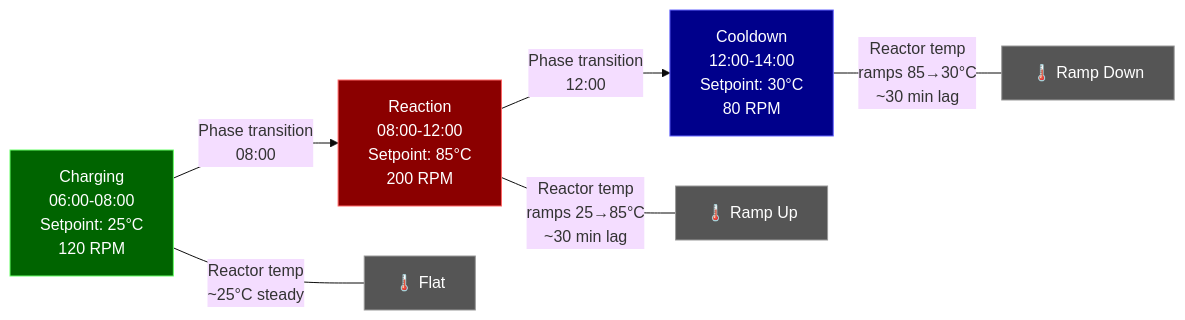
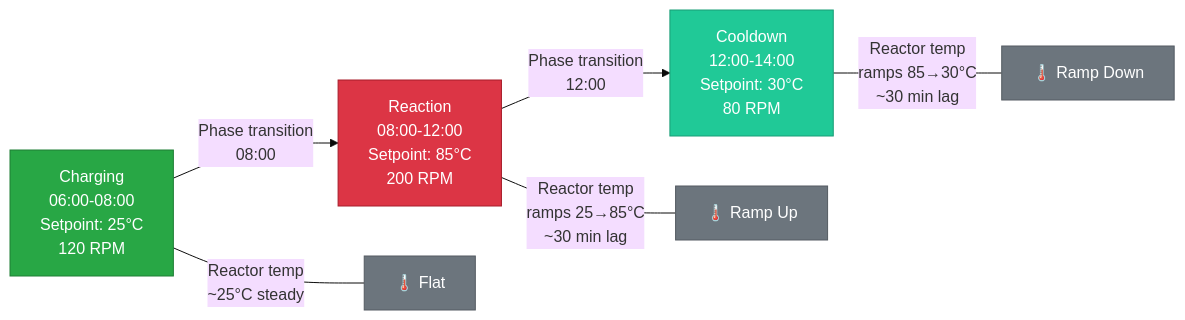
The sixth of 7 diagrams in docs/simulation/patterns/process_engineering.md (henryodibi11/Odibi), drawn with Mermaid (base theme) before and after one commit. The commit also changed other lines of this file and 7 other files, not shown here.

First line of the commit message:
Fix mermaid diagram colors for readability across all 26 diagrams

````diff
--- a/docs/simulation/patterns/process_engineering.md
+++ b/docs/simulation/patterns/process_engineering.md
@@ -1327,16 +1327,16 @@
 ```mermaid
 flowchart LR
     A["Charging\n06:00-08:00\nSetpoint: 25°C\n120 RPM"] -->|"Phase transition\n08:00"| B["Reaction\n08:00-12:00\nSetpoint: 85°C\n200 RPM"]
     B -->|"Phase transition\n12:00"| C["Cooldown\n12:00-14:00\nSetpoint: 30°C\n80 RPM"]
 
     A ---|"Reactor temp\n~25°C steady"| TA["🌡️ Flat"]
     B ---|"Reactor temp\nramps 25→85°C\n~30 min lag"| TB["🌡️ Ramp Up"]
     C ---|"Reactor temp\nramps 85→30°C\n~30 min lag"| TC["🌡️ Ramp Down"]
 
-    style A fill:#006400,stroke:#66ff66,color:#ffffff
-    style B fill:#8B0000,stroke:#ff6666,color:#ffffff
-    style C fill:#00008B,stroke:#6666ff,color:#ffffff
-    style TA fill:#555555,stroke:#999999,color:#ffffff
-    style TB fill:#555555,stroke:#999999,color:#ffffff
-    style TC fill:#555555,stroke:#999999,color:#ffffff
+    style A fill:#28a745,stroke:#1e7e34,color:#ffffff
+    style B fill:#dc3545,stroke:#a71d2a,color:#ffffff
+    style C fill:#20c997,stroke:#199d76,color:#ffffff
+    style TA fill:#6c757d,stroke:#545b62,color:#ffffff
+    style TB fill:#6c757d,stroke:#545b62,color:#ffffff
+    style TC fill:#6c757d,stroke:#545b62,color:#ffffff
 ```
````
